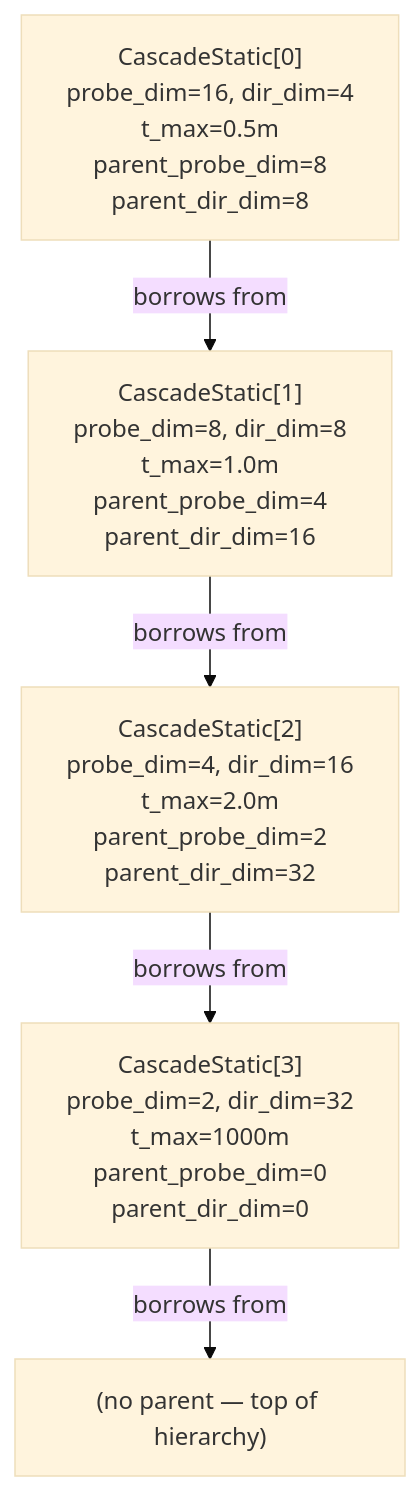
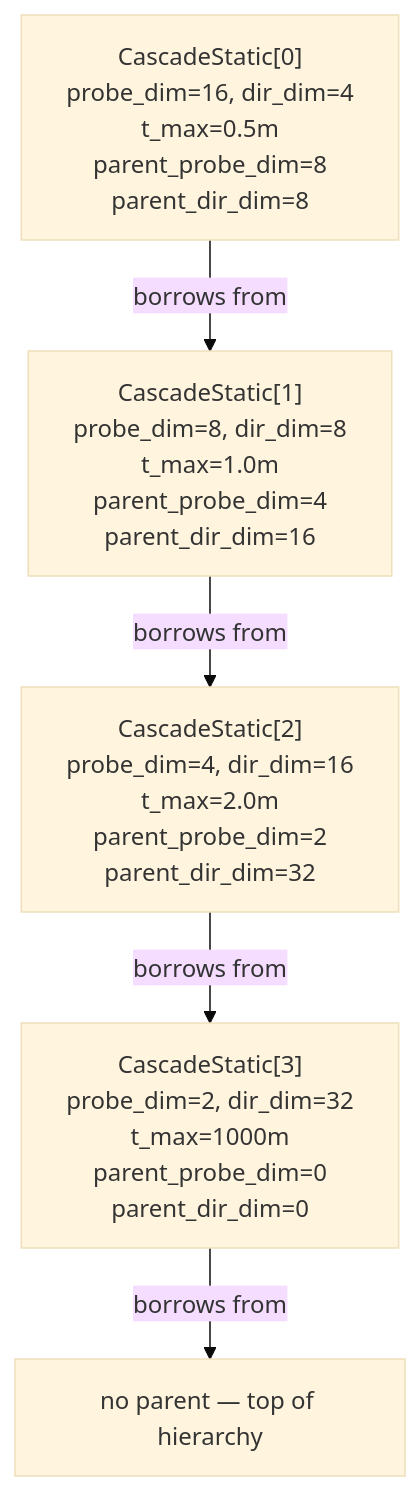
One commit to Far-Beyond-Pulsar/docs changed the third of 7 diagrams in public/docs/core-concepts/Helio/radiance-cascades.md. Above: the diagram before and after it, drawn with Mermaid (base theme). The commit also changed other lines of this file and 10 other files, not shown here.

First line of the commit message:
Use HTML <br/> and quoted labels in mermaid

````diff
--- a/public/docs/core-concepts/Helio/radiance-cascades.md
+++ b/public/docs/core-concepts/Helio/radiance-cascades.md
@@ -256,7 +256,7 @@
 ```mermaid
 graph TD
-    C3["CascadeStatic[3]\nprobe_dim=2, dir_dim=32\nt_max=1000m\nparent_probe_dim=0\nparent_dir_dim=0"] -->|borrows from| NONE["(no parent — top of hierarchy)"]
-    C2["CascadeStatic[2]\nprobe_dim=4, dir_dim=16\nt_max=2.0m\nparent_probe_dim=2\nparent_dir_dim=32"] -->|borrows from| C3
-    C1["CascadeStatic[1]\nprobe_dim=8, dir_dim=8\nt_max=1.0m\nparent_probe_dim=4\nparent_dir_dim=16"] -->|borrows from| C2
-    C0["CascadeStatic[0]\nprobe_dim=16, dir_dim=4\nt_max=0.5m\nparent_probe_dim=8\nparent_dir_dim=8"] -->|borrows from| C1
+    C3["CascadeStatic[3]<br/>probe_dim=2, dir_dim=32<br/>t_max=1000m\nparent_probe_dim=0\nparent_dir_dim=0"] -->|borrows from| NONE["no parent — top of hierarchy"]
+    C2["CascadeStatic[2]<br/>probe_dim=4, dir_dim=16<br/>t_max=2.0m\nparent_probe_dim=2\nparent_dir_dim=32"] -->|borrows from| C3
+    C1["CascadeStatic[1]<br/>probe_dim=8, dir_dim=8<br/>t_max=1.0m\nparent_probe_dim=4\nparent_dir_dim=16"] -->|borrows from| C2
+    C0["CascadeStatic[0]<br/>probe_dim=16, dir_dim=4<br/>t_max=0.5m\nparent_probe_dim=8\nparent_dir_dim=8"] -->|borrows from| C1
 ```
````
